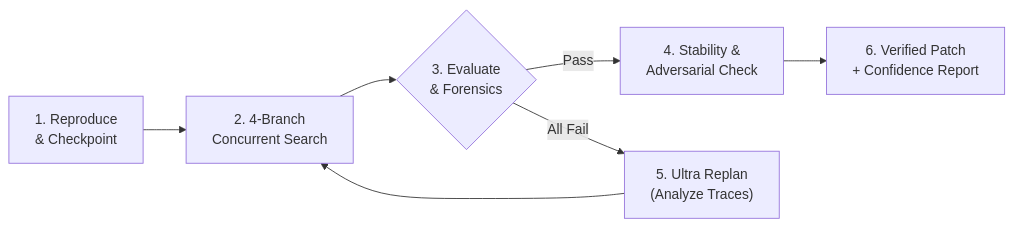
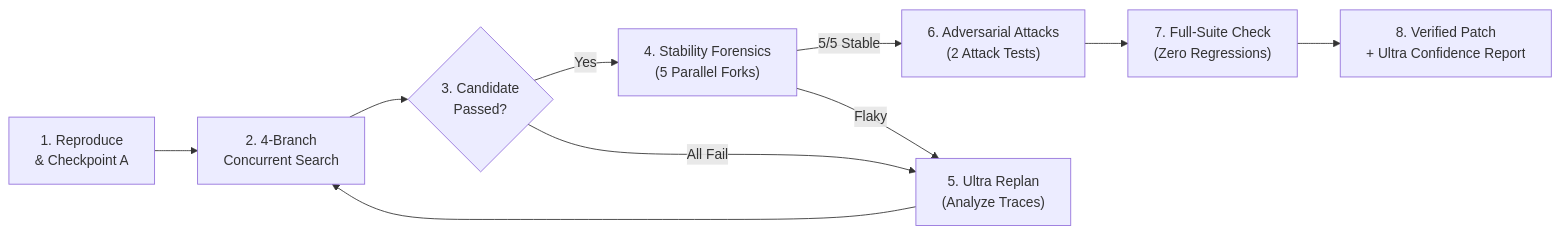
The first of 2 diagrams in README.md (Aman-art1/PatchTree), drawn with Mermaid before and after one commit. The commit also changed other lines of this file and 8 other files, not shown here.

Commit message:
docs: fix mermaid diagram and sync backend

````diff
--- a/README.md
+++ b/README.md
@@ -43,9 +43,12 @@
 ```mermaid
 flowchart LR
-    A["1. Reproduce<br/>& Checkpoint"] --> B["2. 4-Branch<br/>Concurrent Search"]
-    B --> C{"3. Evaluate<br/>& Forensics"}
-    C -->|Pass| D["4. Stability &<br/>Adversarial Check"]
+    A["1. Reproduce<br/>& Checkpoint A"] --> B["2. 4-Branch<br/>Concurrent Search"]
+    B --> C{"3. Candidate<br/>Passed?"}
+    C -->|Yes| D["4. Stability Forensics<br/>(5 Parallel Forks)"]
     C -->|All Fail| E["5. Ultra Replan<br/>(Analyze Traces)"]
     E --> B
-    D --> F["6. Verified Patch<br/>+ Confidence Report"]
+    D -->|5/5 Stable| G["6. Adversarial Attacks<br/>(2 Attack Tests)"]
+    D -->|Flaky| E
+    G --> H["7. Full-Suite Check<br/>(Zero Regressions)"]
+    H --> I["8. Verified Patch<br/>+ Ultra Confidence Report"]
 ```
````
